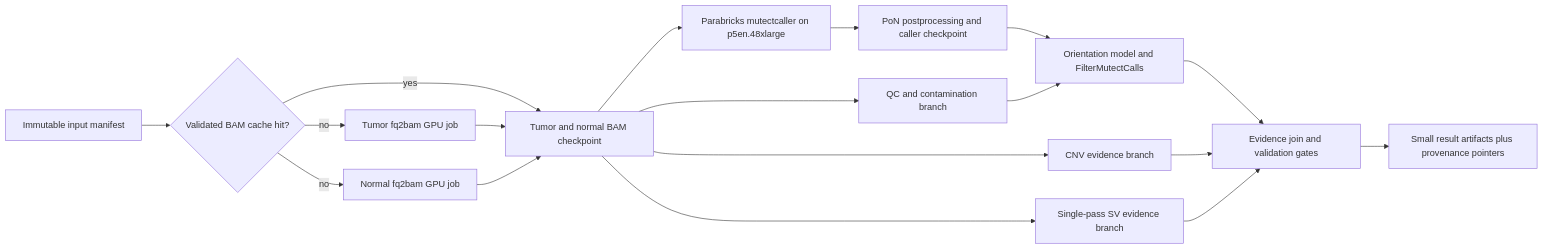
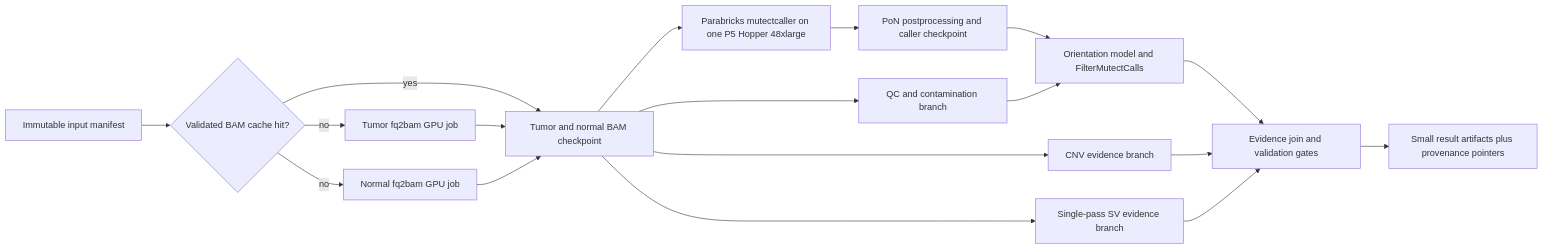
One commit to jasonLaster/oncoomics changed the diagram in docs/operations/next-generation-fast-rerun.md. Above: the diagram before and after it, drawn with Mermaid. The commit also changed other lines of this file and 19 other files, not shown here.

````diff
--- a/docs/operations/next-generation-fast-rerun.md
+++ b/docs/operations/next-generation-fast-rerun.md
@@ -75,20 +75,20 @@
 ```mermaid
 flowchart LR
     M["Immutable input manifest"] --> R{"Validated BAM cache hit?"}
     R -->|yes| B["Tumor and normal BAM checkpoint"]
     R -->|no| FT["Tumor fq2bam GPU job"]
     R -->|no| FN["Normal fq2bam GPU job"]
     FT --> B
     FN --> B
-    B --> P["Parabricks mutectcaller on p5en.48xlarge"]
+    B --> P["Parabricks mutectcaller on one P5 Hopper 48xlarge"]
     P --> PP["PoN postprocessing and caller checkpoint"]
     B --> Q["QC and contamination branch"]
     B --> N["CNV evidence branch"]
     B --> V["Single-pass SV evidence branch"]
     PP --> F["Orientation model and FilterMutectCalls"]
     Q --> F
     F --> J["Evidence join and validation gates"]
     N --> J
     V --> J
     J --> O["Small result artifacts plus provenance pointers"]
 ```
````
